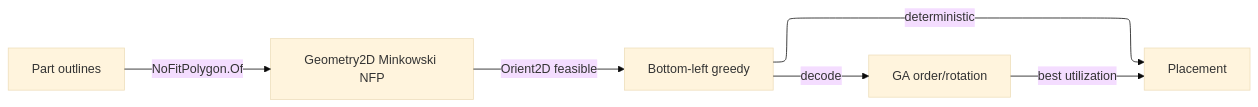
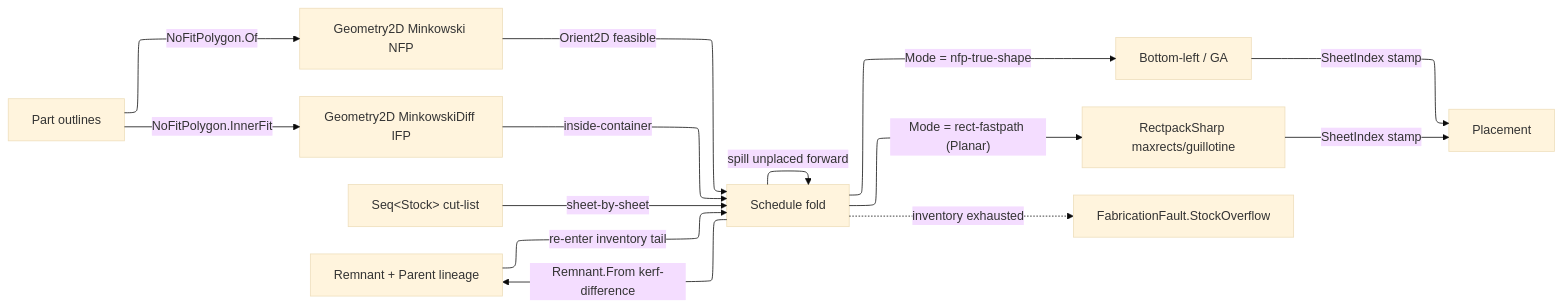
One commit to bsamiee/Rasm changed the diagram in libs/csharp/Rasm.Fabrication/.planning/Nesting/nfp.md. Above: the diagram before and after it, drawn with Mermaid. The commit also changed other lines of this file and 80 other files, not shown here.

First line of the commit message:
Realize libs/csharp set-2 (Geometry/Fabrication/Materials/Bim) + capability-extension for rebuild-*

````diff
--- a/libs/csharp/Rasm.Fabrication/.planning/Nesting/nfp.md
+++ b/libs/csharp/Rasm.Fabrication/.planning/Nesting/nfp.md
@@ -211,13 +332,21 @@
 ```mermaid
 ---
 config:
   layout: elk
   theme: base
 ---
 flowchart LR
     Profiles["Part outlines"] -->|NoFitPolygon.Of| NFP["Geometry2D Minkowski NFP"]
-    NFP -->|Orient2D feasible| BottomLeft["Bottom-left greedy"]
-    BottomLeft -->|decode| Genetic["GA order/rotation"]
-    Genetic -->|best utilization| Placement["Placement"]
-    BottomLeft -->|deterministic| Placement
+    Profiles -->|NoFitPolygon.InnerFit| IFP["Geometry2D MinkowskiDiff IFP"]
+    Inventory["Seq&lt;Stock&gt; cut-list"] -->|sheet-by-sheet| Schedule["Schedule fold"]
+    NFP -->|Orient2D feasible| Schedule
+    IFP -->|inside-container| Schedule
+    Schedule -->|"Mode = nfp-true-shape"| BottomLeft["Bottom-left / GA"]
+    Schedule -->|"Mode = rect-fastpath (Planar)"| Rect["RectpackSharp maxrects/guillotine"]
+    BottomLeft -->|SheetIndex stamp| Placement["Placement"]
+    Rect -->|SheetIndex stamp| Placement
+    Schedule -->|spill unplaced forward| Schedule
+    Schedule -->|"Remnant.From kerf-difference"| Remnant["Remnant + Parent lineage"]
+    Remnant -->|re-enter inventory tail| Schedule
+    Schedule -.->|inventory exhausted| Overflow["FabricationFault.StockOverflow"]
 ```
````
